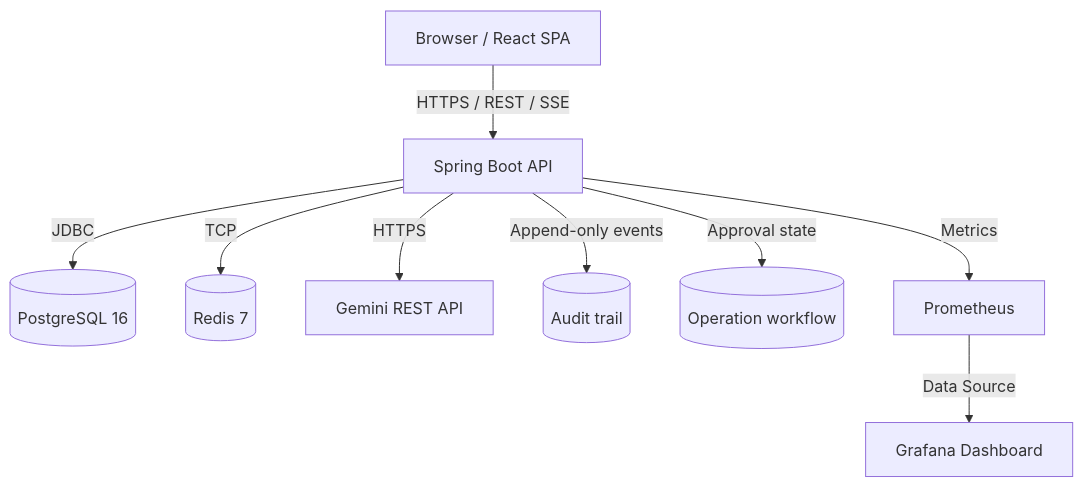
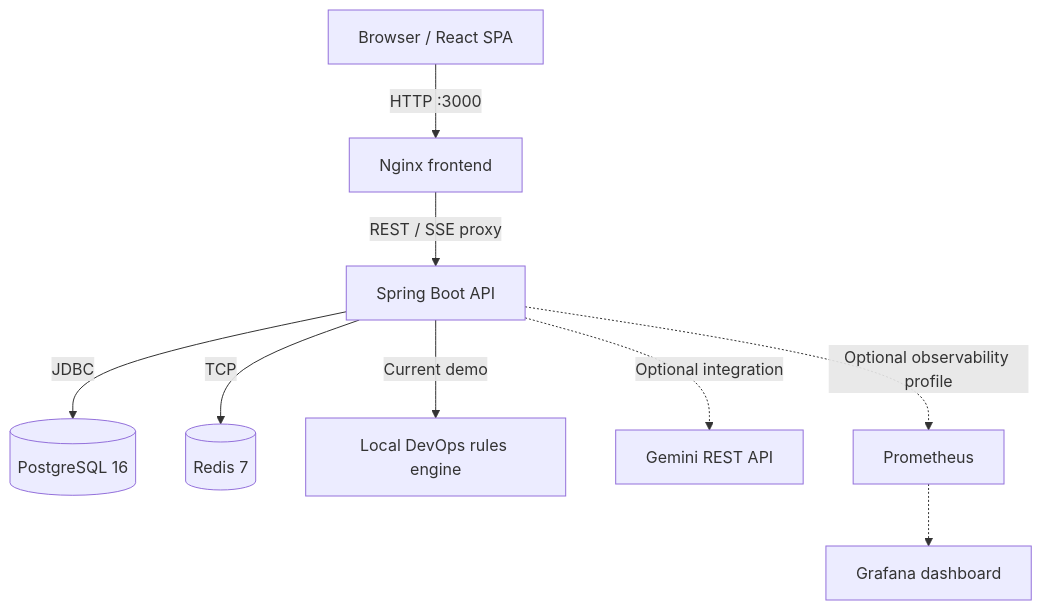
The diagram in README.md (MayankSinghChouhann/forgeOps-AI), drawn with Mermaid before and after one commit. The commit also changed other lines of this file and 9 other files, not shown here.

Commit message:
feat: update ForgeOps branding and demo documentation

````diff
--- a/README.md
+++ b/README.md
@@ -39,11 +44,11 @@
 ```mermaid
 flowchart TD
-    Client[Browser / React SPA] -->|HTTPS / REST / SSE| API[Spring Boot API]
+    Client[Browser / React SPA] -->|HTTP :3000| Nginx[Nginx frontend]
+    Nginx -->|REST / SSE proxy| API[Spring Boot API]
     API -->|JDBC| DB[(PostgreSQL 16)]
     API -->|TCP| Cache[(Redis 7)]
-    API -->|HTTPS| LLM[Gemini REST API]
-    API -->|Append-only events| Audit[(Audit trail)]
-    API -->|Approval state| Ops[(Operation workflow)]
-    API -->|Metrics| Prom[Prometheus]
-    Prom -->|Data Source| Grafana[Grafana Dashboard]
+    API -->|Current demo| Rules[Local DevOps rules engine]
+    API -. Optional integration .-> LLM[Gemini REST API]
+    API -. Optional observability profile .-> Prom[Prometheus]
+    Prom -.-> Grafana[Grafana dashboard]
 ```
````
